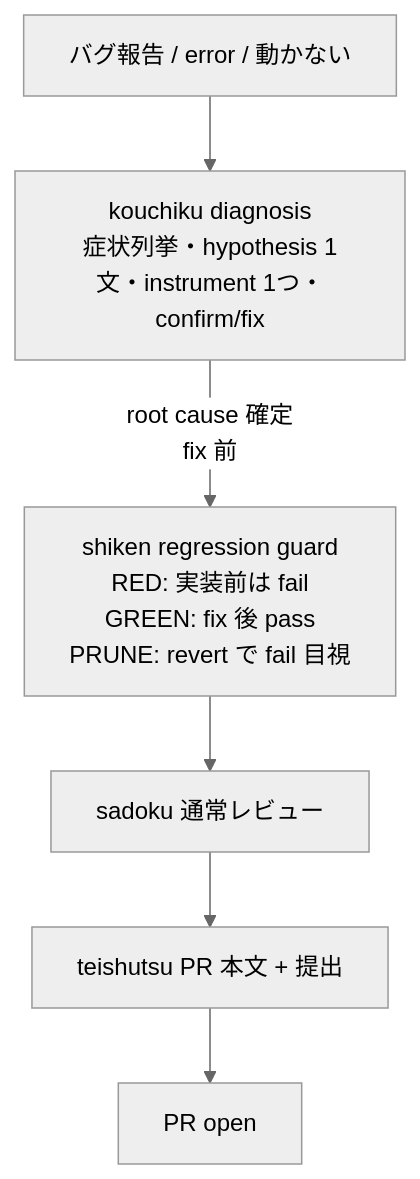
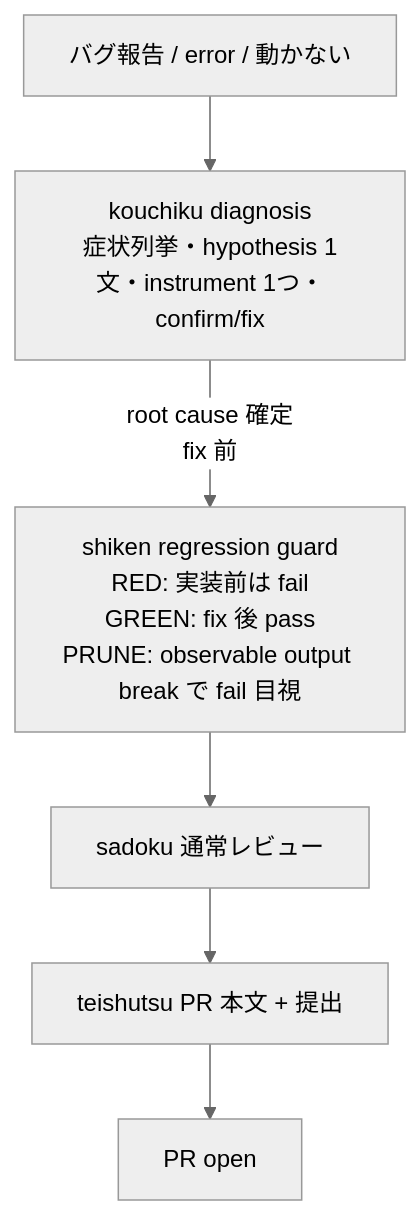
Before and after one commit to hayashiii-ghub/hikizan: the third of 6 diagrams in docs/workflow.md, drawn with Mermaid (neutral theme). The commit also changed other lines of this file and 4 other files, not shown here.

````diff
--- a/docs/workflow.md
+++ b/docs/workflow.md
@@ -90,8 +90,8 @@
 ```mermaid
 flowchart TB
   B0["バグ報告 / error / 動かない"] --> B1["kouchiku diagnosis<br/>症状列挙・hypothesis 1文・instrument 1つ・confirm/fix"]
-  B1 -->|"root cause 確定<br/>fix 前"| B2["shiken regression guard<br/>RED: 実装前は fail<br/>GREEN: fix 後 pass<br/>PRUNE: revert で fail 目視"]
+  B1 -->|"root cause 確定<br/>fix 前"| B2["shiken regression guard<br/>RED: 実装前は fail<br/>GREEN: fix 後 pass<br/>PRUNE: observable output break で fail 目視"]
   B2 --> B3["sadoku 通常レビュー"]
   B3 --> B4["teishutsu PR 本文 + 提出"]
   B4 --> B5["PR open"]
 ```
````
